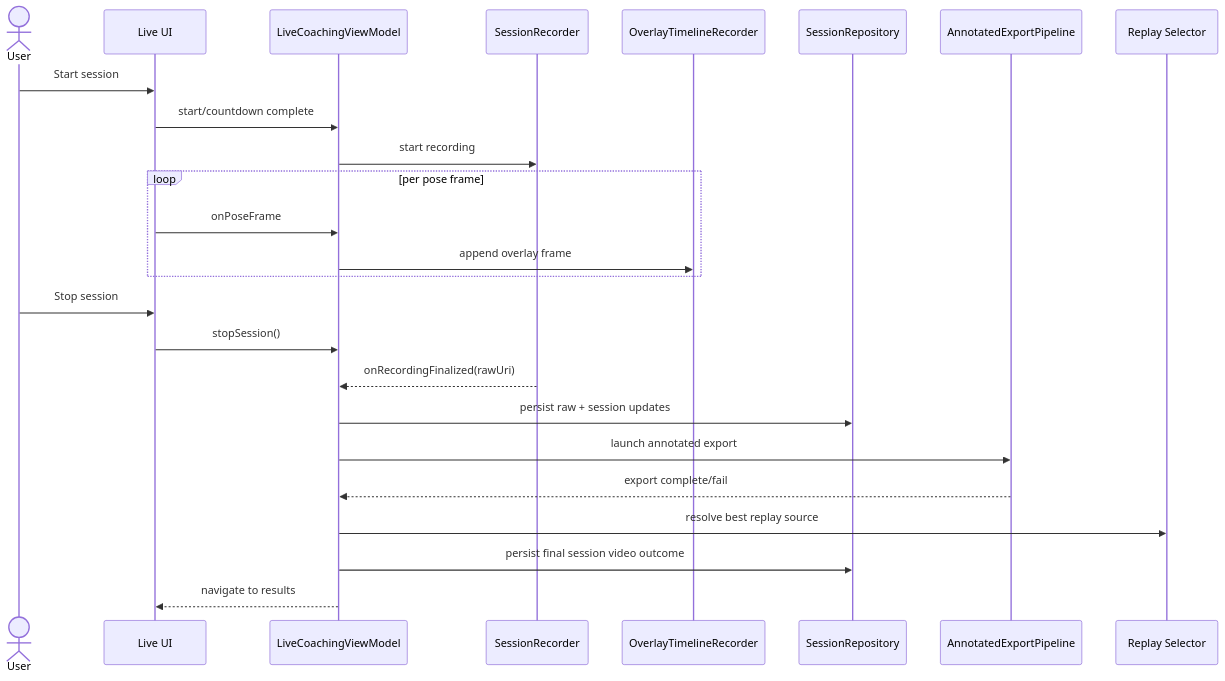
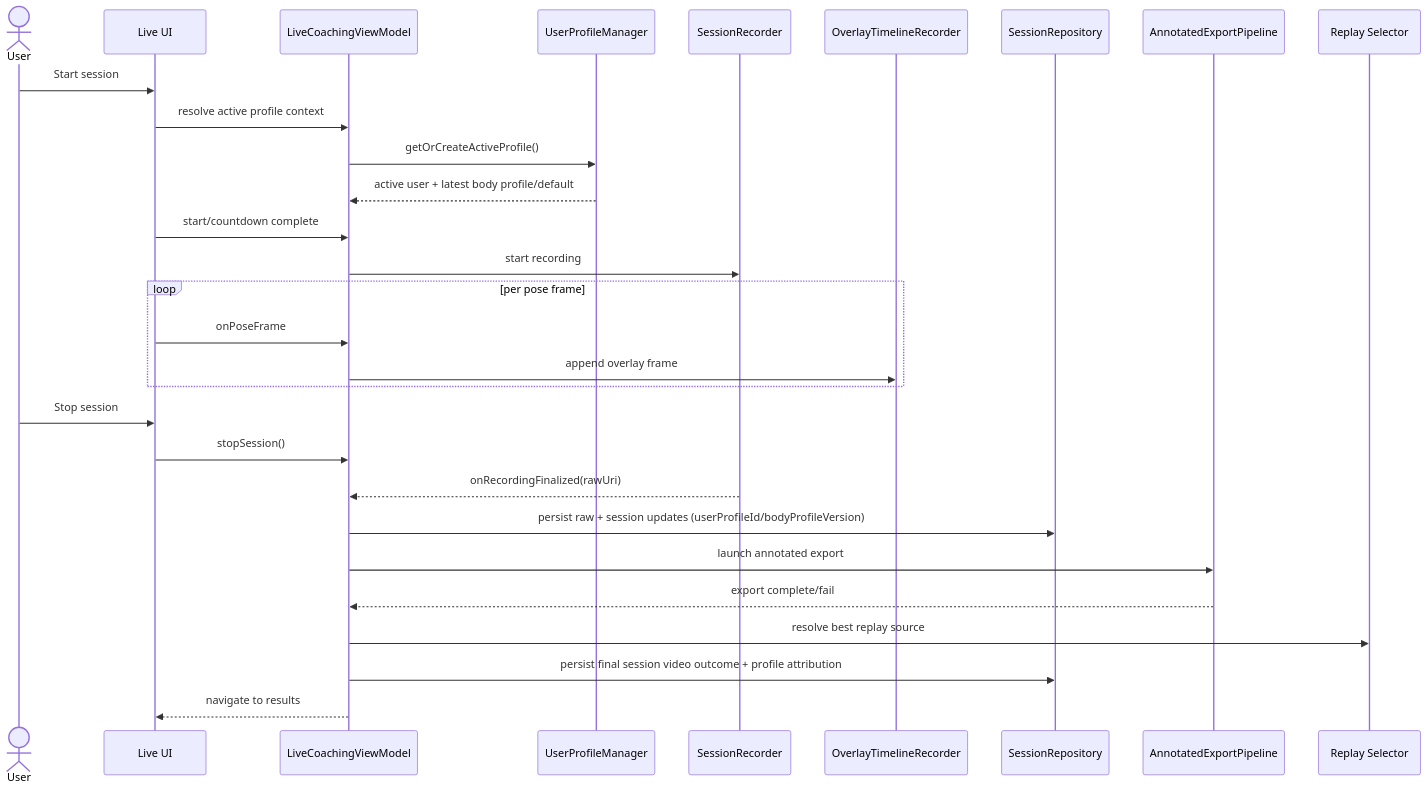
The diagram in docs/diagrams/sequence-live-session.md (Voycepeh/CaliVision), drawn with Mermaid before and after one commit. The commit also changed 5 other files, not shown here.

````diff
--- a/docs/diagrams/sequence-live-session.md
+++ b/docs/diagrams/sequence-live-session.md
@@ -3,28 +3,32 @@
 ```mermaid
 sequenceDiagram
   actor User
   participant UI as Live UI
   participant VM as LiveCoachingViewModel
+  participant UPM as UserProfileManager
   participant REC as SessionRecorder
   participant OC as OverlayTimelineRecorder
   participant REPO as SessionRepository
   participant EXP as AnnotatedExportPipeline
   participant SEL as Replay Selector
 
   User->>UI: Start session
+  UI->>VM: resolve active profile context
+  VM->>UPM: getOrCreateActiveProfile()
+  UPM-->>VM: active user + latest body profile/default
   UI->>VM: start/countdown complete
   VM->>REC: start recording
   loop per pose frame
     UI->>VM: onPoseFrame
     VM->>OC: append overlay frame
   end
   User->>UI: Stop session
   UI->>VM: stopSession()
   REC-->>VM: onRecordingFinalized(rawUri)
-  VM->>REPO: persist raw + session updates
+  VM->>REPO: persist raw + session updates (userProfileId/bodyProfileVersion)
   VM->>EXP: launch annotated export
   EXP-->>VM: export complete/fail
   VM->>SEL: resolve best replay source
-  VM->>REPO: persist final session video outcome
+  VM->>REPO: persist final session video outcome + profile attribution
   VM-->>UI: navigate to results
 ```
````
